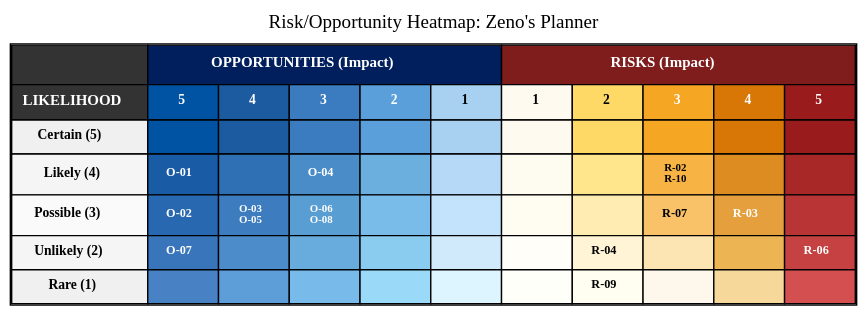
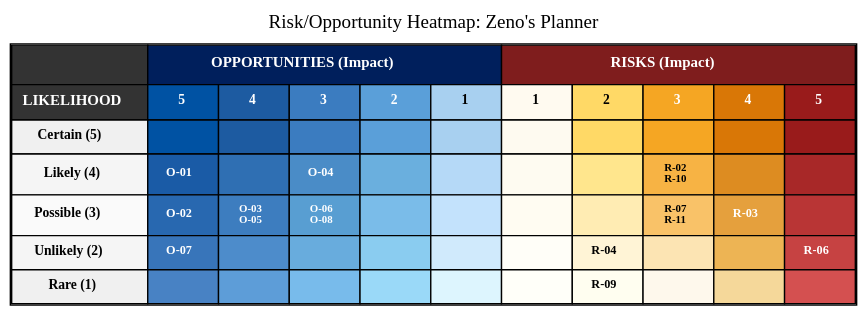
One commit to Duccci/Zenos-Planner changed the diagram in zeno/architecture/ro-matrix.md. Above: the diagram before and after it, drawn with Graphviz. The commit also changed other lines of this file and 44 other files, not shown here.

```diff
--- a/zeno/architecture/ro-matrix.md
+++ b/zeno/architecture/ro-matrix.md
@@ -82,7 +82,7 @@
                 <TD BGCOLOR="#c3e2fc"><FONT POINT-SIZE="9"> </FONT></TD>
                 <TD BGCOLOR="#fffcf2"><FONT POINT-SIZE="9"> </FONT></TD>
                 <TD BGCOLOR="#ffecb3"><FONT POINT-SIZE="9"> </FONT></TD>
-                <TD BGCOLOR="#f9c268"><B><FONT COLOR="black" POINT-SIZE="9">R-07</FONT></B></TD>
+                <TD BGCOLOR="#f9c268"><B><FONT COLOR="black" POINT-SIZE="8">R-07<BR/>R-11</FONT></B></TD>
                 <TD BGCOLOR="#e5a03d"><B><FONT COLOR="white" POINT-SIZE="9">R-03</FONT></B></TD>
                 <TD BGCOLOR="#b93535"><FONT COLOR="white" POINT-SIZE="9"> </FONT></TD>
             </TR>
```
